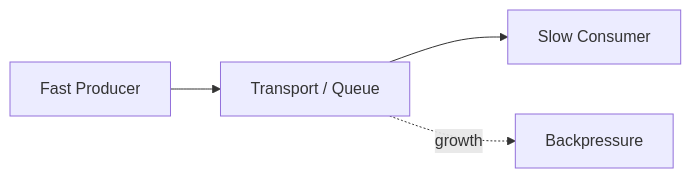
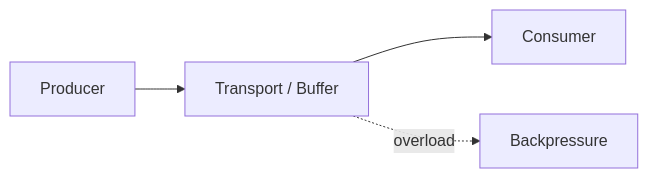
One commit to aam-cloudsky/Reed changed diagram 11 of 13 in roadmap.md. Above: the diagram before and after it, drawn with Mermaid. The commit also changed other lines of this file, not shown here.

First line of the commit message:
Revise Reed Architectural Roadmap for clarity and structure

````diff
--- a/roadmap.md
+++ b/roadmap.md
@@ -717,7 +780,7 @@
 ```mermaid
 flowchart LR
-    A["Fast Producer"] --> Q["Transport / Queue"]
-    Q --> B["Slow Consumer"]
+    P["Producer"] --> Q["Transport / Buffer"]
+    Q --> C["Consumer"]
 
-    Q -. growth .-> BP["Backpressure"]
+    Q -. overload .-> B["Backpressure"]
 ```
````
